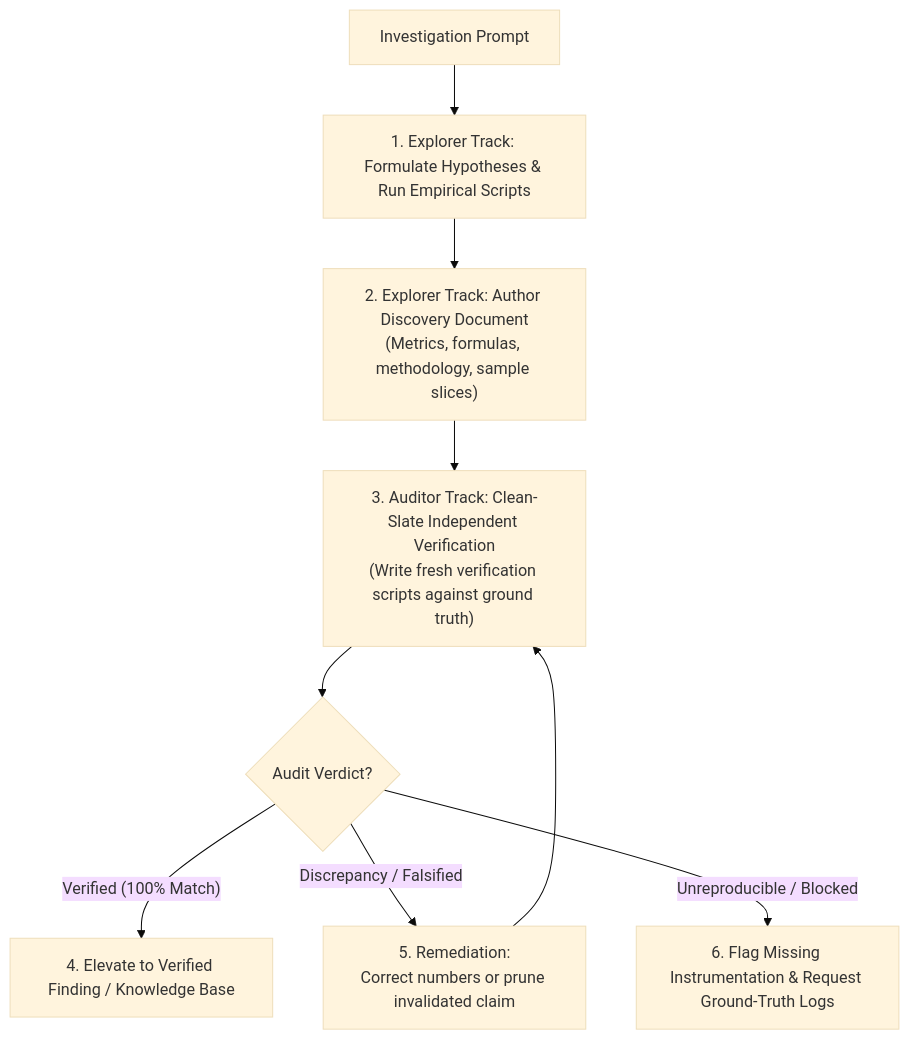
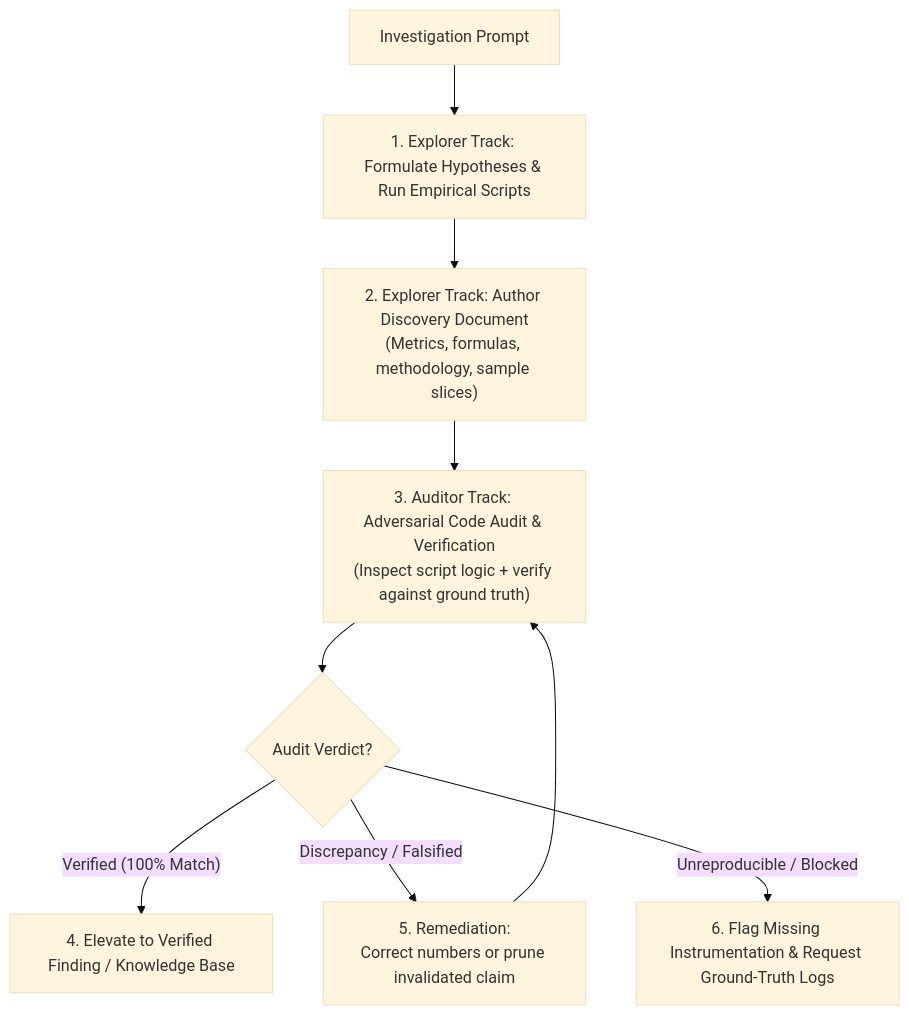
One commit to loerei/myskills changed the diagram in engineering/empirical-discovery-loop/SKILL.md. Above: the diagram before and after it, drawn with Mermaid (base theme). The commit also changed other lines of this file, not shown here.

Commit message:
feat(empirical-discovery-loop): upgrade auditor to adversarial code inspection for explainable root-cause auditing

````diff
--- a/engineering/empirical-discovery-loop/SKILL.md
+++ b/engineering/empirical-discovery-loop/SKILL.md
@@ -23,11 +23,11 @@
 ```mermaid
 flowchart TD
     Start["Investigation Prompt"] --> Phase1["1. Explorer Track: Formulate Hypotheses & Run Empirical Scripts"]
     Phase1 --> DraftDoc["2. Explorer Track: Author Discovery Document<br/>(Metrics, formulas, methodology, sample slices)"]
-    DraftDoc --> Phase2["3. Auditor Track: Clean-Slate Independent Verification<br/>(Write fresh verification scripts against ground truth)"]
+    DraftDoc --> Phase2["3. Auditor Track: Adversarial Code Audit & Verification<br/>(Inspect script logic + verify against ground truth)"]
     Phase2 --> AuditCheck{"Audit Verdict?"}
     AuditCheck -->|"Verified (100% Match)"| Finalize["4. Elevate to Verified Finding / Knowledge Base"]
     AuditCheck -->|"Discrepancy / Falsified"| Remediation["5. Remediation:<br/>Correct numbers or prune invalidated claim"]
     Remediation --> Phase2
     AuditCheck -->|"Unreproducible / Blocked"| ReproHalt["6. Flag Missing Instrumentation & Request Ground-Truth Logs"]
 ```
````
